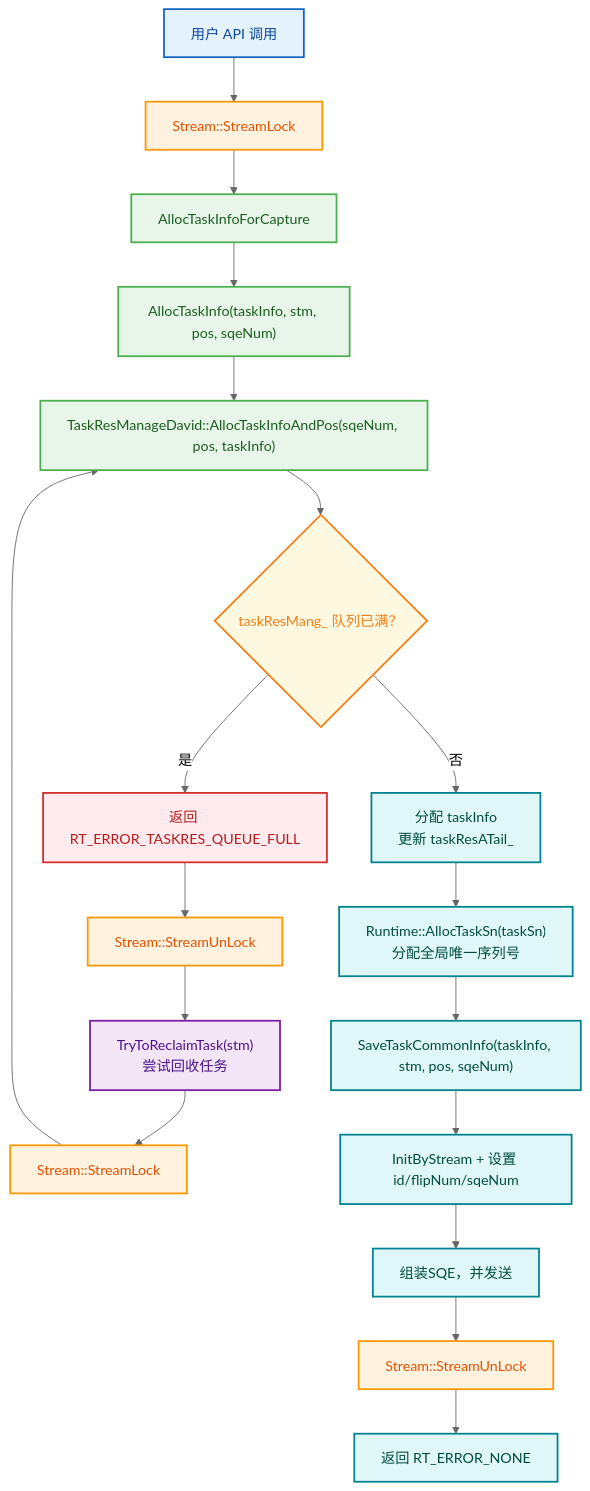
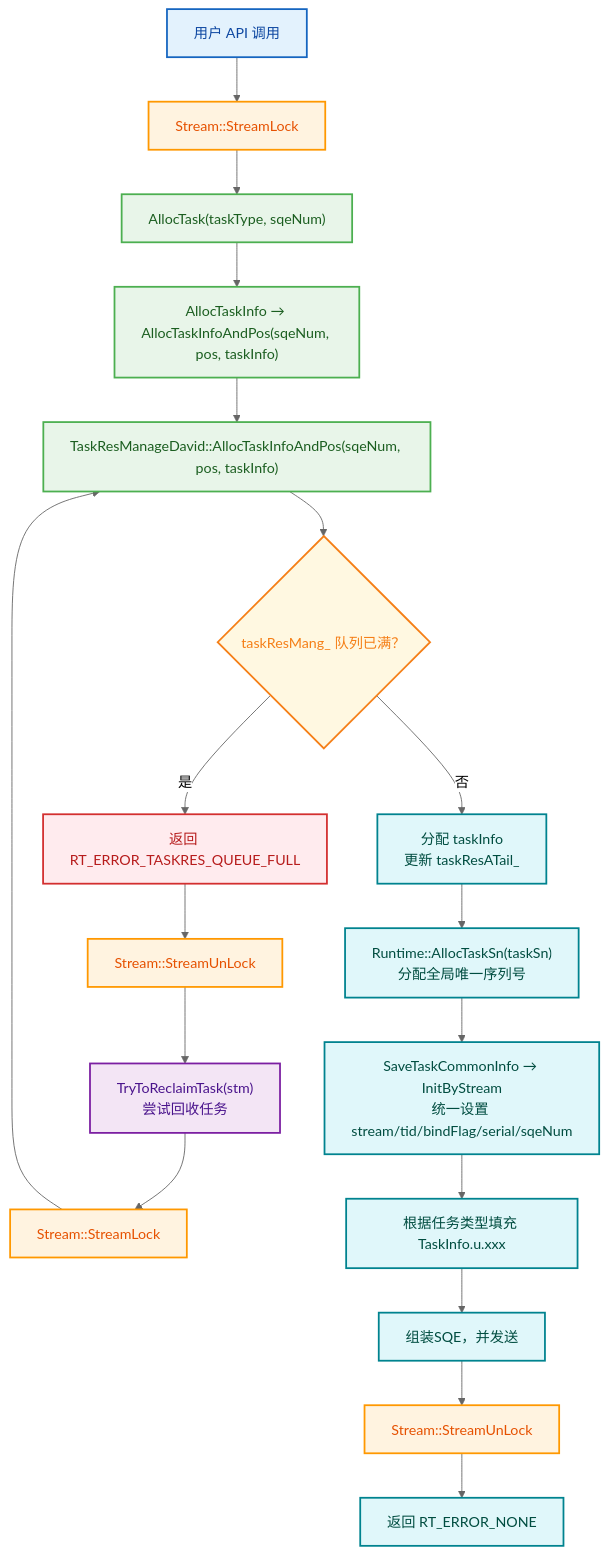
One commit to hicann/runtime changed the fourth of 7 diagrams in docs/zh/design/modules/task/task.md. Above: the diagram before and after it, drawn with Mermaid (neutral theme). The commit also changed other lines of this file and 6 other files, not shown here.

````diff
--- a/docs/zh/design/modules/task/task.md
+++ b/docs/zh/design/modules/task/task.md
@@ -162,33 +161,33 @@
 ```mermaid
 
 flowchart TD
     classDef userStyle fill:#E3F2FD,stroke:#1565C0,stroke-width:2px,color:#0D47A1
     classDef lockStyle fill:#FFF3E0,stroke:#FF9800,stroke-width:2px,color:#E65100
     classDef allocStyle fill:#E8F5E9,stroke:#4CAF50,stroke-width:2px,color:#1B5E20
     classDef decisionStyle fill:#FFF8E1,stroke:#F57F17,stroke-width:2px,color:#F57F17
     classDef errorStyle fill:#FFEBEE,stroke:#D32F2F,stroke-width:2px,color:#B71C1C
     classDef retryStyle fill:#F3E5F5,stroke:#7B1FA2,stroke-width:2px,color:#4A148C
     classDef successStyle fill:#E0F7FA,stroke:#00838F,stroke-width:2px,color:#004D40
 
     A["用户 API 调用"]:::userStyle --> B["Stream::StreamLock"]:::lockStyle
-    B --> C["AllocTaskInfoForCapture"]:::allocStyle
-    C --> D["AllocTaskInfo(taskInfo, stm, pos, sqeNum)"]:::allocStyle
+    B --> C["AllocTask(taskType, sqeNum)"]:::allocStyle
+    C --> D["AllocTaskInfo → AllocTaskInfoAndPos(sqeNum, pos, taskInfo)"]:::allocStyle
     D --> E["TaskResManageDavid::AllocTaskInfoAndPos(sqeNum, pos, taskInfo)"]:::allocStyle
     E --> F{"taskResMang_ 队列已满？"}:::decisionStyle
 
     F -->|是| G["返回 RT_ERROR_TASKRES_QUEUE_FULL"]:::errorStyle
 
     G --> I["Stream::StreamUnLock"]:::lockStyle
     I --> J["TryToReclaimTask(stm)<br>尝试回收任务"]:::retryStyle
     J --> K["Stream::StreamLock"]:::lockStyle
     K --> E
 
     F -->|否| H["分配 taskInfo <br> 更新 taskResATail_"]:::successStyle
     H --> L["Runtime::AllocTaskSn(taskSn)<br>分配全局唯一序列号"]:::successStyle
-    L --> M["SaveTaskCommonInfo(taskInfo, stm, pos, sqeNum)"]:::successStyle
-    M --> N["InitByStream + 设置 id/flipNum/sqeNum"]:::successStyle
+    L --> M["SaveTaskCommonInfo → InitByStream<br/>统一设置 stream/tid/bindFlag/serial/sqeNum"]:::successStyle
+    M --> N["根据任务类型填充 TaskInfo.u.xxx"]:::successStyle
     N --> O["组装SQE，并发送"]:::successStyle
     O --> P["Stream::StreamUnLock"]:::lockStyle
     P --> Q["返回 RT_ERROR_NONE"]:::successStyle
 
 ```
````
